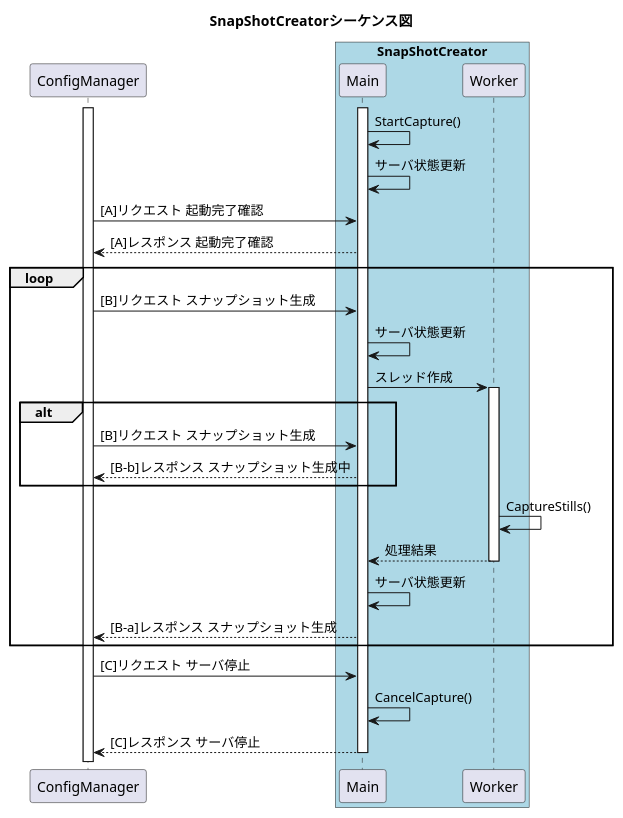
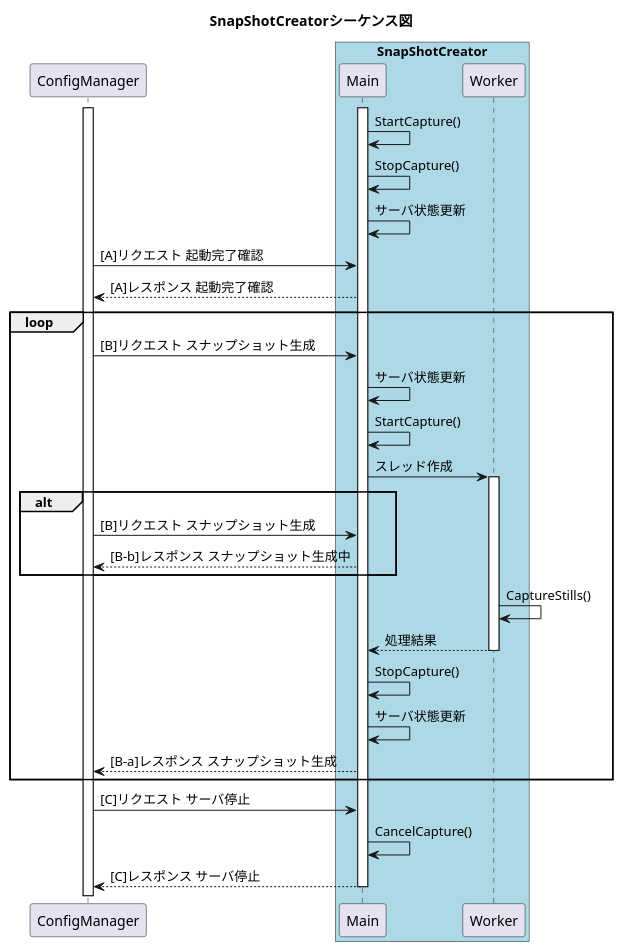
The diagram in SnapShotCreator/doc/sequence.pu (silviaclaire/decklink-snapshot-creator), drawn with PlantUML before and after one commit.

Commit message:
Update sequence chart.

```diff
--- a/SnapShotCreator/doc/sequence.pu
+++ b/SnapShotCreator/doc/sequence.pu
@@ -1,38 +1,41 @@
 @startuml
 title SnapShotCreatorシーケンス図
 
 participant ConfigManager
 
 box "SnapShotCreator" #LightBlue
 participant Main
 participant Worker
 end box
 
 activate ConfigManager
 activate Main
 
 Main -> Main : StartCapture()
+Main -> Main : StopCapture()
 Main -> Main : サーバ状態更新
 ConfigManager -> Main : [A]リクエスト 起動完了確認
 Main --> ConfigManager : [A]レスポンス 起動完了確認
 loop
     ConfigManager -> Main : [B]リクエスト スナップショット生成
     Main -> Main : サーバ状態更新
+    Main -> Main : StartCapture()
     Main -> Worker : スレッド作成
     activate Worker
     alt
         ConfigManager -> Main : [B]リクエスト スナップショット生成
         Main --> ConfigManager : [B-b]レスポンス スナップショット生成中
     end
     Worker -> Worker : CaptureStills()
     Worker --> Main : 処理結果
     deactivate Worker
+    Main -> Main : StopCapture()
     Main -> Main : サーバ状態更新
     Main --> ConfigManager : [B-a]レスポンス スナップショット生成
 end
 ConfigManager -> Main : [C]リクエスト サーバ停止
 Main -> Main : CancelCapture()
 Main --> ConfigManager : [C]レスポンス サーバ停止
 deactivate Main
 
 @enduml
```
